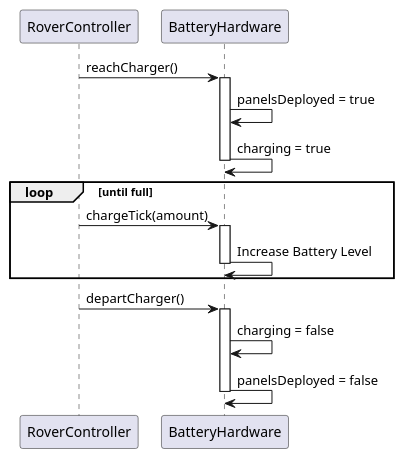
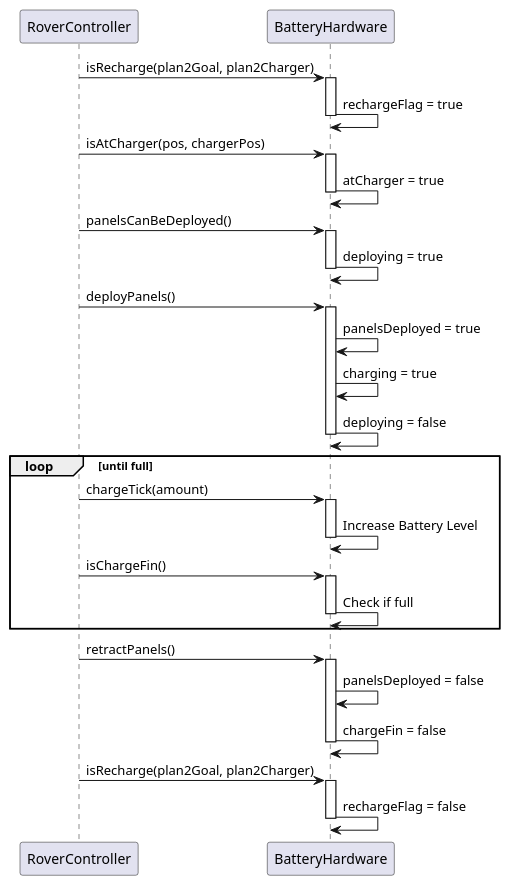
The third of 4 diagrams in docs/BatteryHardware/BatteryHardware_Description.md (topse2025-f1/Rover), drawn with PlantUML before and after one commit. The commit also changed other lines of this file and 4 other files, not shown here.

````diff
--- a/docs/BatteryHardware/BatteryHardware_Description.md
+++ b/docs/BatteryHardware/BatteryHardware_Description.md
@@ -277,25 +287,50 @@
 ```plantuml
 @startuml
 participant "RoverController" as Ctrl
 participant "BatteryHardware" as Battery
 
-Ctrl -> Battery : reachCharger()
+Ctrl -> Battery : isRecharge(plan2Goal, plan2Charger)
+activate Battery
+  Battery -> Battery : rechargeFlag = true
+deactivate Battery
+
+Ctrl -> Battery : isAtCharger(pos, chargerPos)
+activate Battery
+  Battery -> Battery : atCharger = true
+deactivate Battery
+
+Ctrl -> Battery : panelsCanBeDeployed()
+activate Battery
+  Battery -> Battery : deploying = true
+deactivate Battery
+
+Ctrl -> Battery : deployPanels()
 activate Battery
   Battery -> Battery : panelsDeployed = true
   Battery -> Battery : charging = true
+  Battery -> Battery : deploying = false
 deactivate Battery
 
 loop until full
   Ctrl -> Battery : chargeTick(amount)
   activate Battery
     Battery -> Battery : Increase Battery Level
   deactivate Battery
+  Ctrl -> Battery : isChargeFin()
+  activate Battery
+    Battery -> Battery : Check if full
+  deactivate Battery
 end
 
-Ctrl -> Battery : departCharger()
+Ctrl -> Battery : retractPanels()
 activate Battery
-  Battery -> Battery : charging = false
   Battery -> Battery : panelsDeployed = false
+  Battery -> Battery : chargeFin = false
+deactivate Battery
+
+Ctrl -> Battery : isRecharge(plan2Goal, plan2Charger)
+activate Battery
+  Battery -> Battery : rechargeFlag = false
 deactivate Battery
 @enduml
 ```
````
